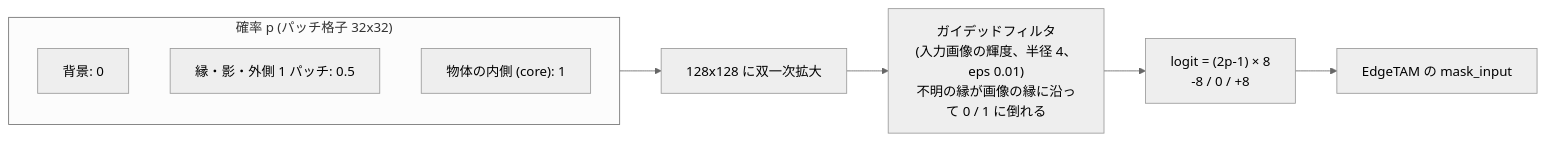
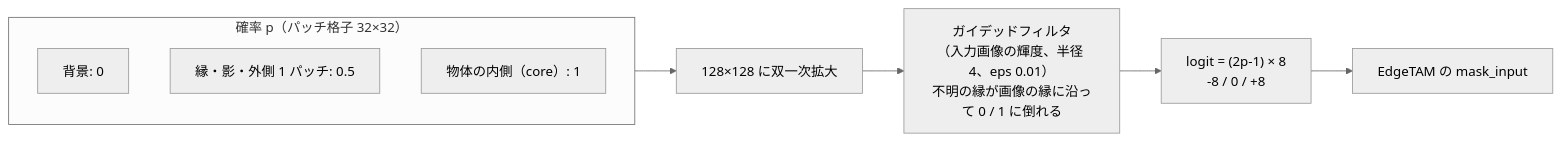
One commit to fklg-64/pe_anything_detect changed the eighth of 15 diagrams in docs/semantic_refiner.md. Above: the diagram before and after it, drawn with Mermaid (neutral theme). The commit also changed other lines of this file and 2 other files, not shown here.

````diff
--- a/docs/semantic_refiner.md
+++ b/docs/semantic_refiner.md
@@ -281,12 +269,12 @@
 ```mermaid
 flowchart LR
-    subgraph P["確率 p (パッチ格子 32x32)"]
+    subgraph P["確率 p（パッチ格子 32×32）"]
         P1["背景: 0"]
         P2["縁・影・外側 1 パッチ: 0.5"]
-        P3["物体の内側 (core): 1"]
+        P3["物体の内側（core）: 1"]
     end
-    P --> UP["128x128 に双一次拡大"]
-    UP --> GF["ガイデッドフィルタ<br/>(入力画像の輝度、半径 4、eps 0.01)<br/>不明の縁が画像の縁に沿って 0 / 1 に倒れる"]
+    P --> UP["128×128 に双一次拡大"]
+    UP --> GF["ガイデッドフィルタ<br/>（入力画像の輝度、半径 4、eps 0.01）<br/>不明の縁が画像の縁に沿って 0 / 1 に倒れる"]
     GF --> L["logit = (2p-1) × 8<br/>-8 / 0 / +8"]
     L --> R["EdgeTAM の mask_input"]
 ```
````
